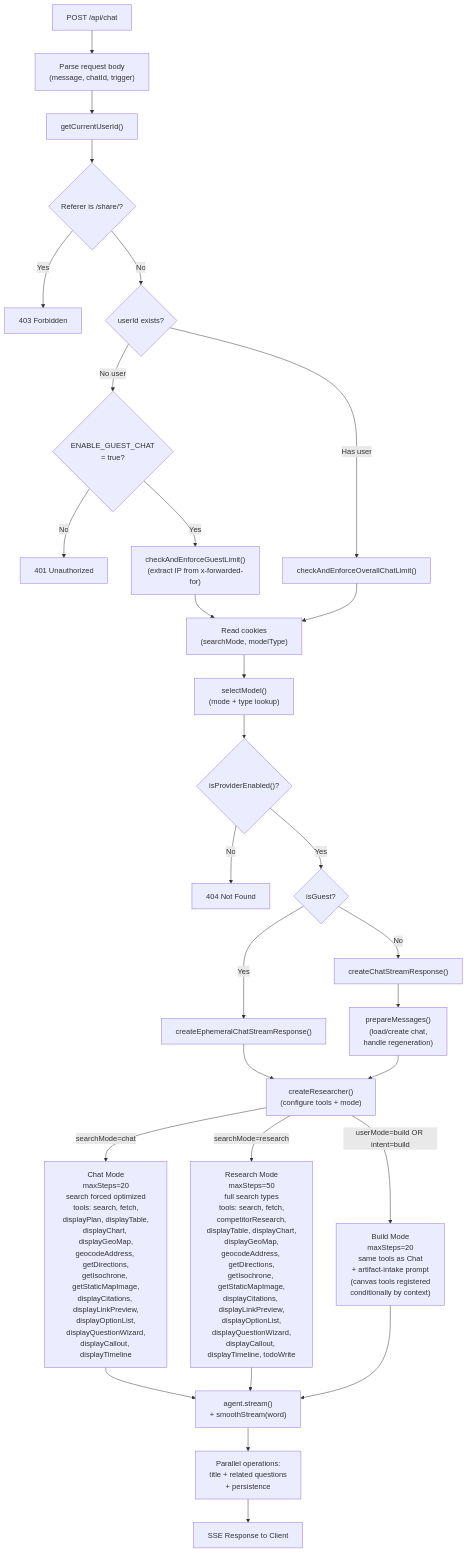
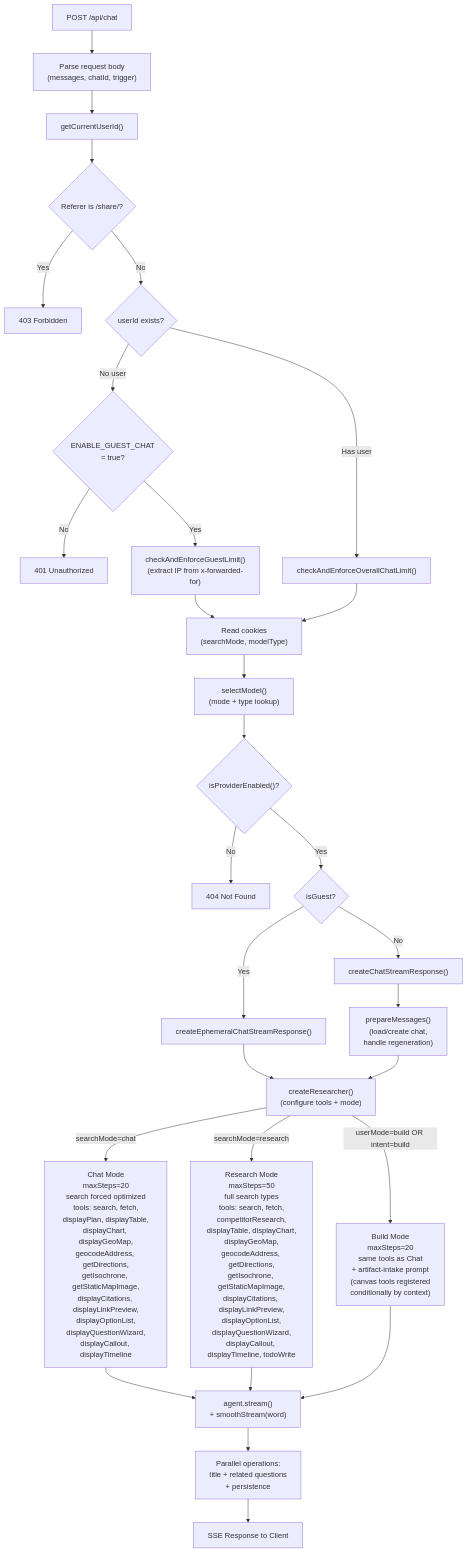
The second of 10 diagrams in docs/architecture/OVERVIEW.md (NickB03/polymorph), drawn with Mermaid before and after one commit. The commit also changed other lines of this file and 53 other files, not shown here.

````diff
--- a/docs/architecture/OVERVIEW.md
+++ b/docs/architecture/OVERVIEW.md
@@ -104,52 +104,52 @@
 ```mermaid
 flowchart TD
     POST["POST /api/chat"]
-    Parse["Parse request body<br/>(message, chatId, trigger)"]
+    Parse["Parse request body<br/>(messages, chatId, trigger)"]
     Auth["getCurrentUserId()"]
     ShareCheck{"Referer is /share/?"}
     GuestCheck{"userId exists?"}
     GuestEnabled{"ENABLE_GUEST_CHAT<br/>= true?"}
     GuestLimit["checkAndEnforceGuestLimit()<br/>(extract IP from x-forwarded-for)"]
     OverallLimit["checkAndEnforceOverallChatLimit()"]
     Cookies["Read cookies<br/>(searchMode, modelType)"]
     SelectModel["selectModel()<br/>(mode + type lookup)"]
     ProviderCheck{"isProviderEnabled()?"}
     StreamBranch{"isGuest?"}
     EphemeralStream["createEphemeralChatStreamResponse()"]
     AuthStream["createChatStreamResponse()"]
     PrepareMsg["prepareMessages()<br/>(load/create chat,<br/>handle regeneration)"]
     CreateAgent["createResearcher()<br/>(configure tools + mode)"]
     ChatMode["Chat Mode<br/>maxSteps=20<br/>search forced optimized<br/>tools: search, fetch,<br/>displayPlan, displayTable,<br/>displayChart, displayGeoMap,<br/>geocodeAddress, getDirections,<br/>getIsochrone, getStaticMapImage,<br/>displayCitations, displayLinkPreview,<br/>displayOptionList,<br/>displayQuestionWizard,<br/>displayCallout, displayTimeline"]
     ResearchMode["Research Mode<br/>maxSteps=50<br/>full search types<br/>tools: search, fetch,<br/>competitorResearch,<br/>displayTable, displayChart,<br/>displayGeoMap,<br/>geocodeAddress, getDirections,<br/>getIsochrone, getStaticMapImage,<br/>displayCitations, displayLinkPreview,<br/>displayOptionList,<br/>displayQuestionWizard,<br/>displayCallout, displayTimeline, todoWrite"]
     BuildMode["Build Mode<br/>maxSteps=20<br/>same tools as Chat<br/>+ artifact-intake prompt<br/>(canvas tools registered<br/>conditionally by context)"]
     AgentStream["agent.stream()<br/>+ smoothStream(word)"]
     Parallel["Parallel operations:<br/>title + related questions<br/>+ persistence"]
     SSE["SSE Response to Client"]
 
     POST --> Parse --> Auth
     Auth --> ShareCheck
     ShareCheck -->|Yes| ForbidShare["403 Forbidden"]
     ShareCheck -->|No| GuestCheck
     GuestCheck -->|No user| GuestEnabled
     GuestEnabled -->|No| Unauth["401 Unauthorized"]
     GuestEnabled -->|Yes| GuestLimit
     GuestLimit --> Cookies
     GuestCheck -->|Has user| OverallLimit
     OverallLimit --> Cookies
     Cookies --> SelectModel
     SelectModel --> ProviderCheck
     ProviderCheck -->|No| ProviderErr["404 Not Found"]
     ProviderCheck -->|Yes| StreamBranch
     StreamBranch -->|Yes| EphemeralStream
     StreamBranch -->|No| AuthStream
     AuthStream --> PrepareMsg
     EphemeralStream --> CreateAgent
     PrepareMsg --> CreateAgent
     CreateAgent -->|searchMode=chat| ChatMode
     CreateAgent -->|searchMode=research| ResearchMode
     CreateAgent -->|userMode=build OR intent=build| BuildMode
     ChatMode --> AgentStream
     ResearchMode --> AgentStream
     BuildMode --> AgentStream
     AgentStream --> Parallel --> SSE
 ```
````
